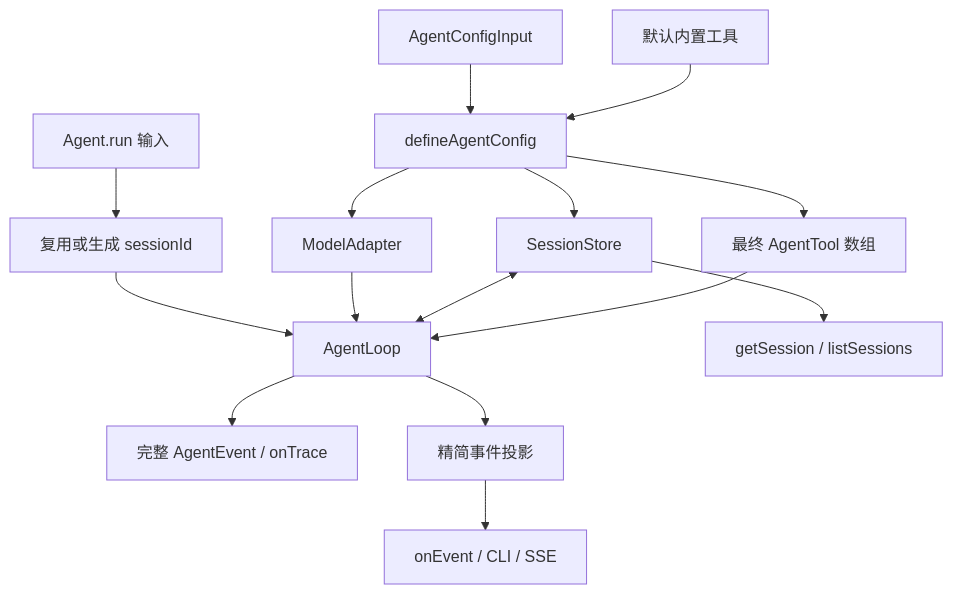
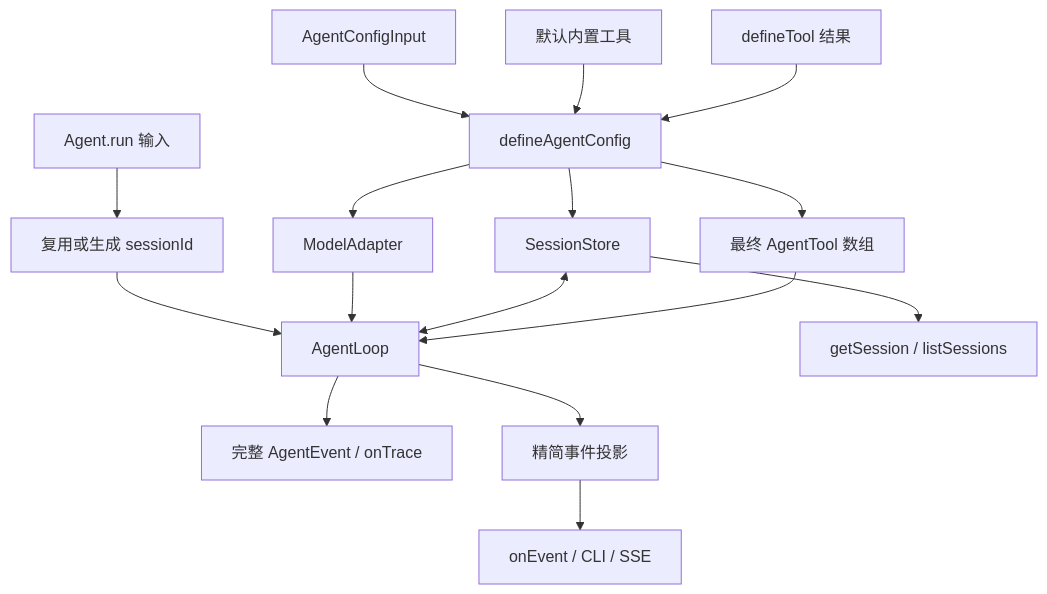
One commit to AlbertE1990/crafteHarness changed the first of 2 diagrams in docs/learning/craft-agent-facade.md. Above: the diagram before and after it, drawn with Mermaid. The commit also changed other lines of this file and 30 other files, not shown here.

````diff
--- a/docs/learning/craft-agent-facade.md
+++ b/docs/learning/craft-agent-facade.md
@@ -76,17 +76,18 @@
 ```mermaid
 flowchart TD
   Config[AgentConfigInput] --> Normalize[defineAgentConfig]
   Normalize --> Adapter[ModelAdapter]
   Normalize --> Store[SessionStore]
   Builtins[默认内置工具] --> Normalize
   Normalize --> Tools[最终 AgentTool 数组]
   Request[Agent.run 输入] --> SessionId[复用或生成 sessionId]
   SessionId --> Loop[AgentLoop]
   Adapter --> Loop
   Store <--> Loop
+  RawTools[defineTool 结果] --> Normalize
   Tools --> Loop
   Loop --> Trace[完整 AgentEvent / onTrace]
   Loop --> Project[精简事件投影]
   Project --> Output[onEvent / CLI / SSE]
   Store --> Query[getSession / listSessions]
 ```
````
